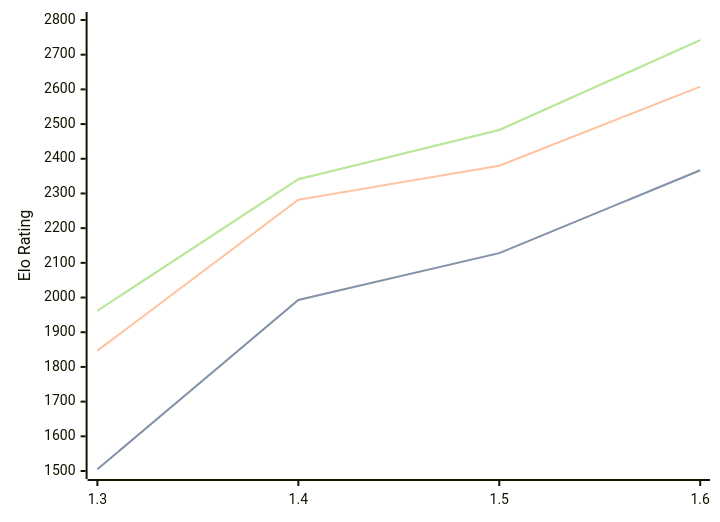
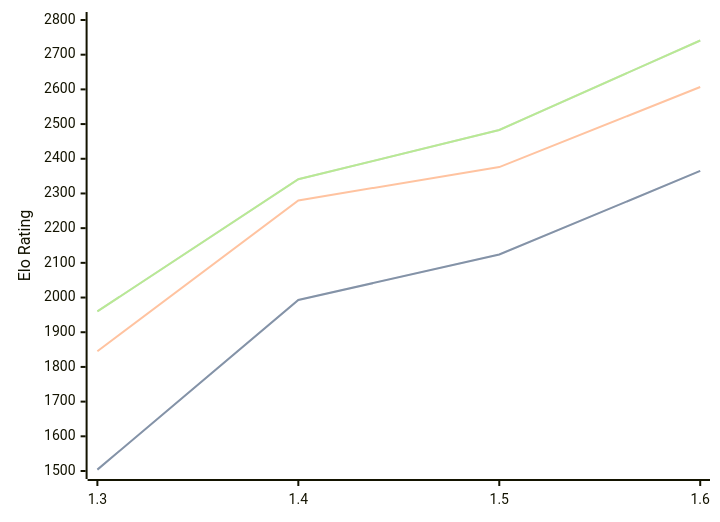
The diagram in engines/Facon.md (computer-chess-index/cci), drawn with Mermaid before and after one commit. The commit also changed other lines of this file, not shown here.

Commit message:
Update CCI Ratings (ELO VLTC) - 2026-07-27

````diff
--- a/engines/Facon.md
+++ b/engines/Facon.md
@@ -37,11 +37,11 @@
 ```mermaid
 %%{init: {"theme":"base","themeVariables":{"seriesColors:['#a3a3a3','#222221','#faa371']}}}%%
 xychart-beta
   x-axis ["1.3", "1.4", "1.5", "1.6"]
   y-axis "Elo Rating" 1500 --> 2800
-  line "STC (8.0+0.08s)" [1505, 1993, 2128, 2367]
-  line "STC (8.0+0.08s)" [1505, 1993, 2128, 2367]
-  line "LTC (60.0+0.60s)" [1847, 2282, 2380, 2608]
-  line "VLTC (2m24s+1.12s)" [1962, 2341, 2483, 2742]
-  line "VLTC (2m24s+1.12s)" [1962, 2341, 2483, 2742]
+  line "STC (8.0+0.08s)" [1504, 1993, 2124, 2365]
+  line "STC (8.0+0.08s)" [1504, 1993, 2124, 2365]
+  line "LTC (60.0+0.60s)" [1845, 2280, 2376, 2607]
+  line "VLTC (2m24s+1.12s)" [1960, 2341, 2483, 2741]
+  line "VLTC (2m24s+1.12s)" [1960, 2341, 2483, 2741]
 ```
````
